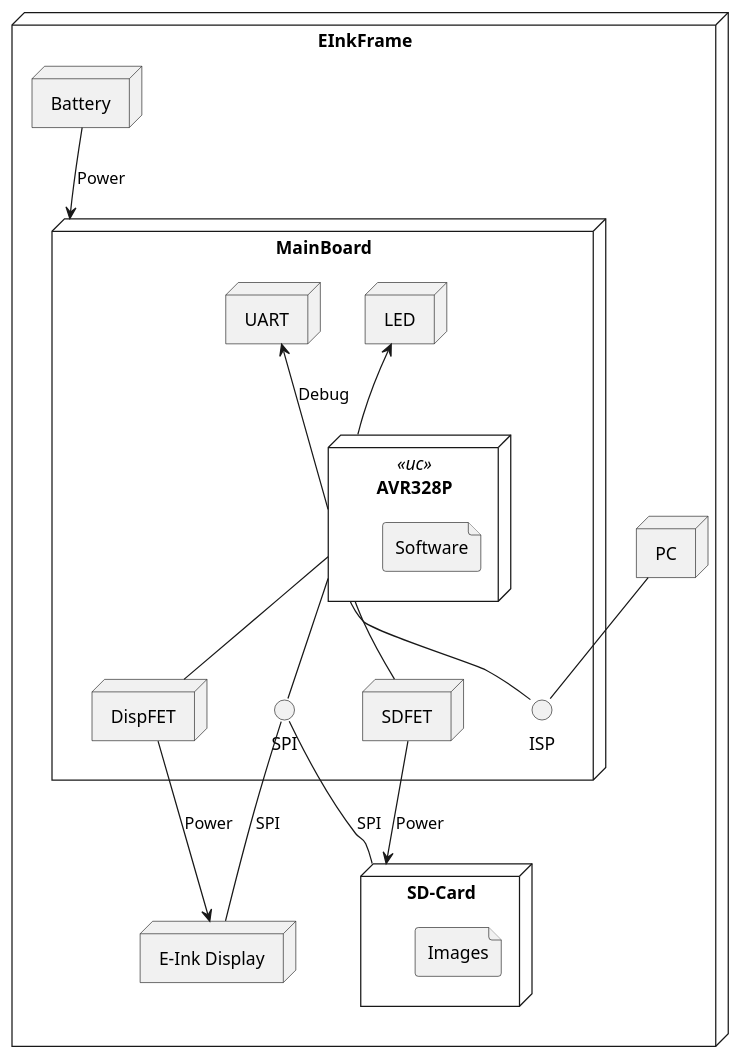
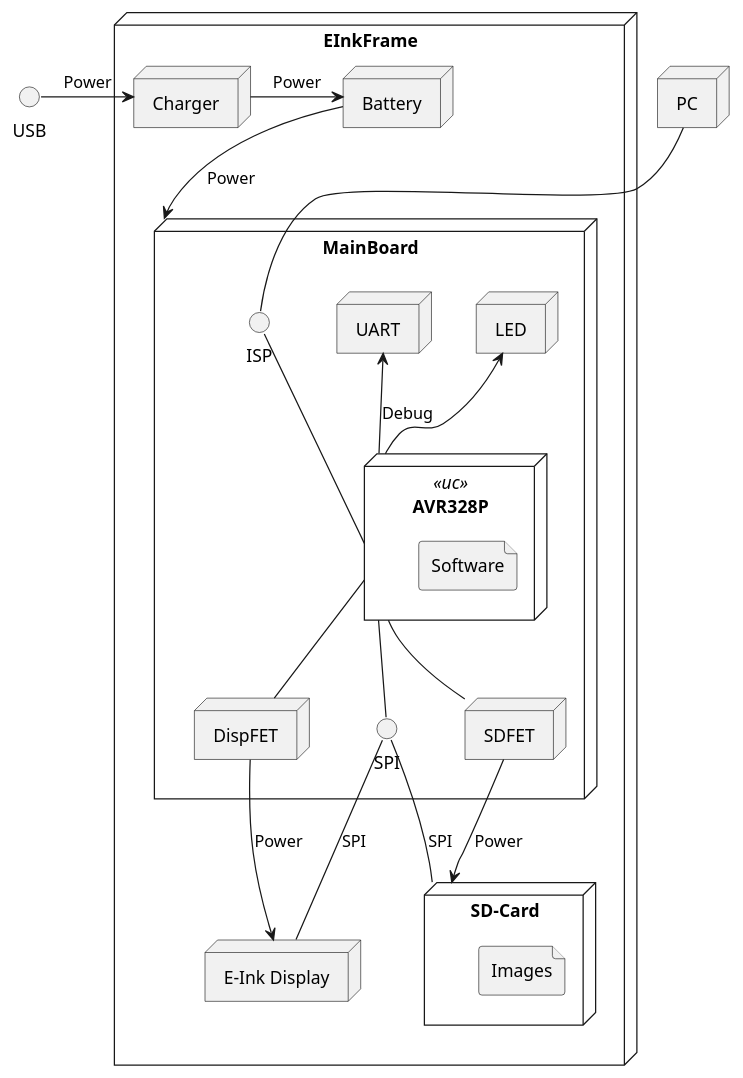
One commit to nhjschulz/EInkPicFrame changed the diagram in design/plantuml/SwContext.plantuml. Above: the diagram before and after it, drawn with PlantUML. The commit also changed 4 other files, not shown here.

```diff
--- a/design/plantuml/SwContext.plantuml
+++ b/design/plantuml/SwContext.plantuml
@@ -1,48 +1,56 @@
-@startuml Cotext
+@startuml Context
+
+node PC as PC
+
+interface USB as UsbChrger
 
 node EInkFrame {
     node "E-Ink Display" as DISPLAY {
+
+    }
+
+    node Charger as Chrgr {
 
     }
 
     node MainBoard as BOARD {
         node AVR328P  as UC  << uc >>{
             file Software
         }
 
         node LED as LED
 
         node UART as RS232
 
         node DispFET as DispFet
         node SDFET as SDFet
 
         interface SPI as SPI
 
         Interface ISP as ISP
     }
 
     node SD-Card as SDCARD {
         file Images
     }
 
     node Battery as BAT {
 
     }
 
-    node PC as PC
-
-    BAT --> BOARD : Power
+    UsbChrger ->Chrgr : Power
+    Chrgr -r-> BAT : Power
+    BAT -d-> BOARD : Power
     UC -- SPI
     SPI -- SDCARD : SPI
     SPI -- DISPLAY : SPI
     UC -- DispFet
     UC -- SDFet
     UC -up-> RS232 : Debug
     UC -up-> LED
-    DispFet --> DISPLAY : Power
-    SDFet --> SDCARD : Power
-    UC -- ISP
-    PC -- ISP
+    DispFet -> DISPLAY : Power
+    SDFet -> SDCARD : Power
+    ISP -- UC
+    PC -d- ISP
 }
 @enduml
```
